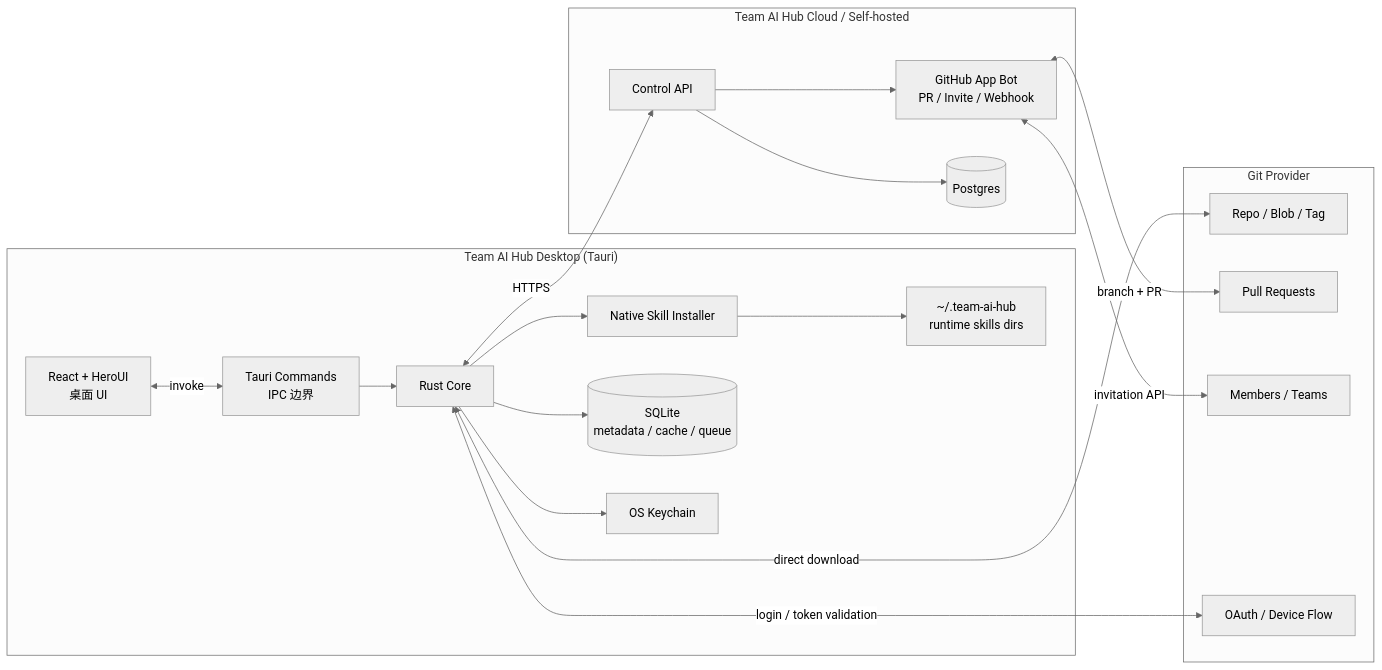
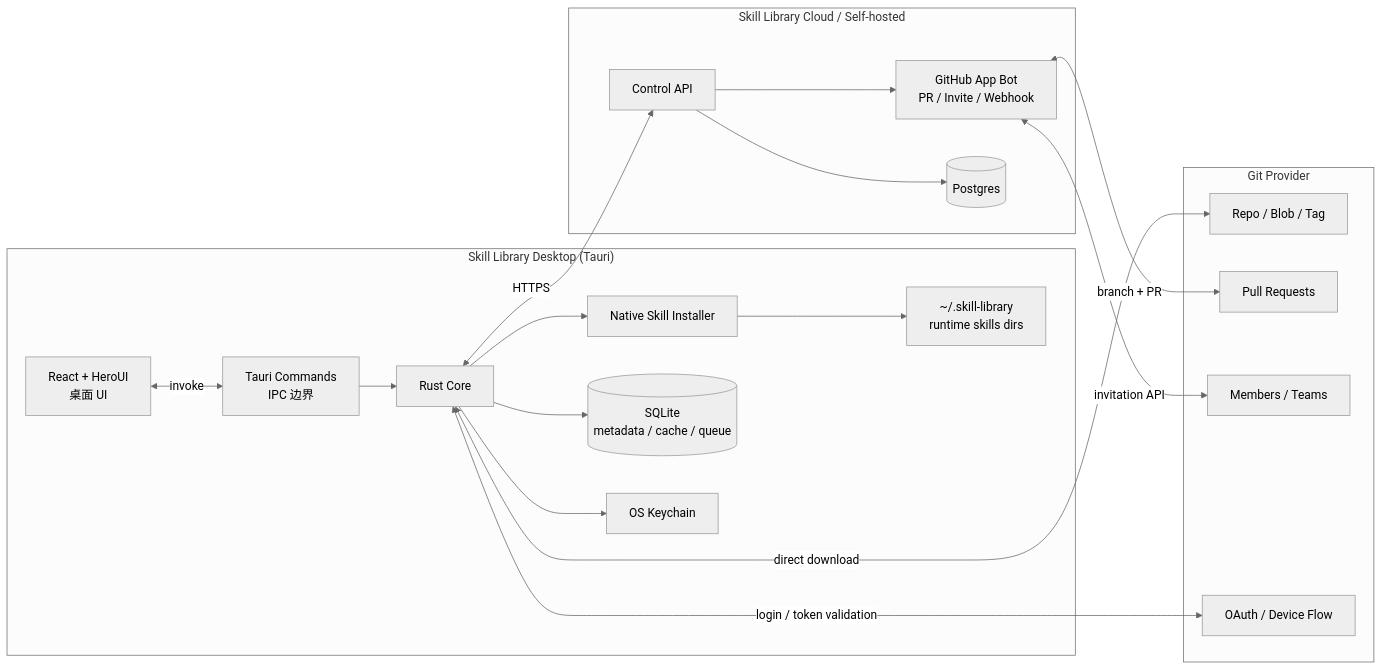
One commit to emojiiii/skill-library changed the diagram in docs/TAURI_TECHNICAL_PLAN.md. Above: the diagram before and after it, drawn with Mermaid (neutral theme). The commit also changed other lines of this file and 148 other files, not shown here.

First line of the commit message:
refactor: rename Team AI Hub to Skill Library across documentation and scripts

````diff
--- a/docs/TAURI_TECHNICAL_PLAN.md
+++ b/docs/TAURI_TECHNICAL_PLAN.md
@@ -22,40 +22,40 @@
 ```mermaid
 flowchart LR
-    subgraph Desktop["Team AI Hub Desktop (Tauri)"]
+    subgraph Desktop["Skill Library Desktop (Tauri)"]
         UI["React + HeroUI<br/>桌面 UI"]
         Cmd["Tauri Commands<br/>IPC 边界"]
         Core["Rust Core"]
         Installer["Native Skill Installer"]
         LocalDB[("SQLite<br/>metadata / cache / queue")]
         Keychain["OS Keychain"]
-        FS["~/.team-ai-hub<br/>runtime skills dirs"]
+        FS["~/.skill-library<br/>runtime skills dirs"]
     end
 
-    subgraph Cloud["Team AI Hub Cloud / Self-hosted"]
+    subgraph Cloud["Skill Library Cloud / Self-hosted"]
         API["Control API"]
         Bot["GitHub App Bot<br/>PR / Invite / Webhook"]
         MetaDB[("Postgres")]
     end
 
     subgraph Provider["Git Provider"]
         Repo["Repo / Blob / Tag"]
         PR["Pull Requests"]
         Members["Members / Teams"]
         OAuth["OAuth / Device Flow"]
     end
 
     UI <-->|invoke| Cmd
     Cmd --> Core
     Core --> Installer
     Core --> LocalDB
     Core --> Keychain
     Installer --> FS
 
     Core <-->|HTTPS| API
     Core <-->|direct download| Repo
     API --> Bot
     API --> MetaDB
     Bot <-->|branch + PR| PR
     Bot <-->|invitation API| Members
     Core <-->|login / token validation| OAuth
 ```
````
